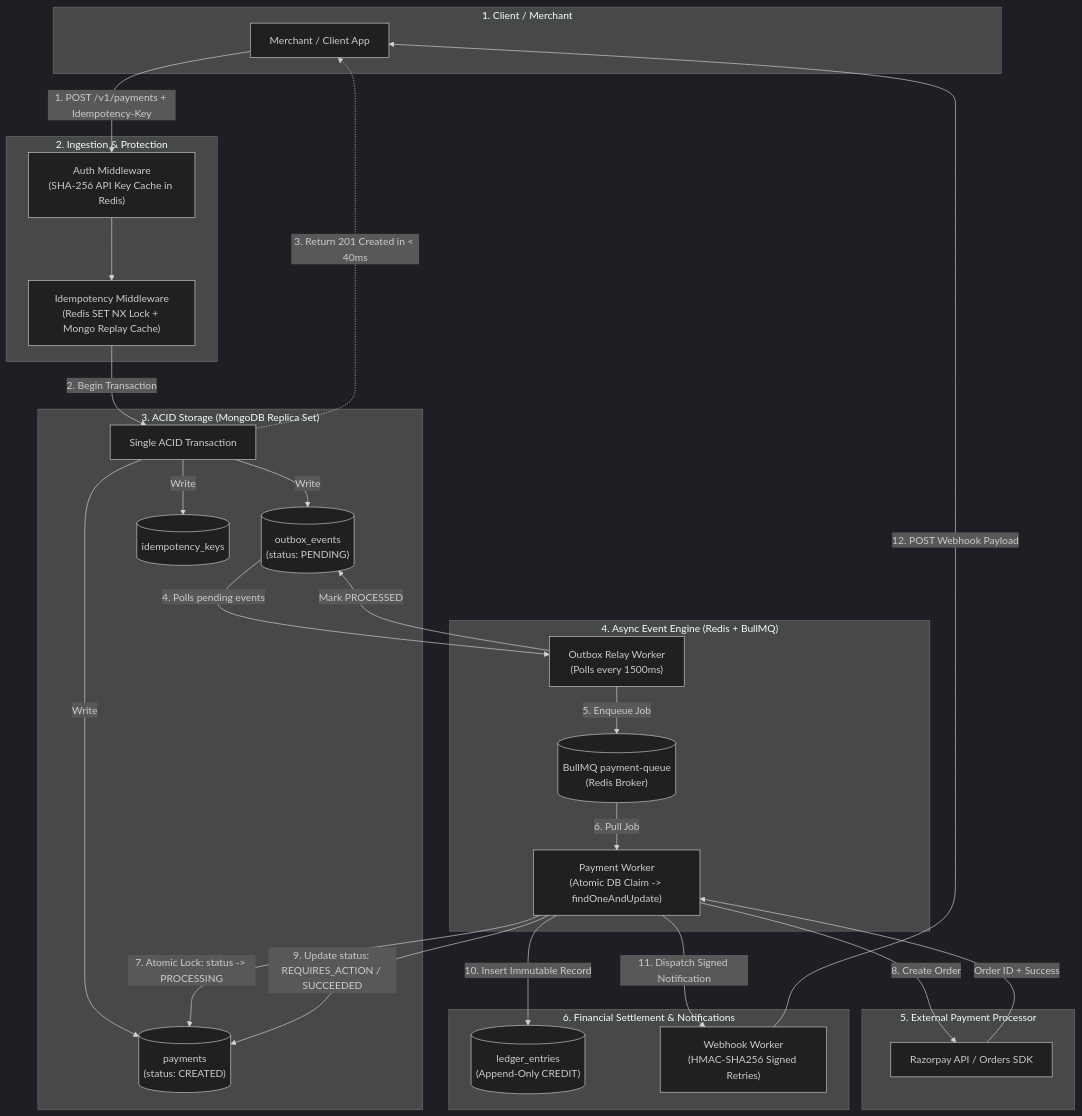
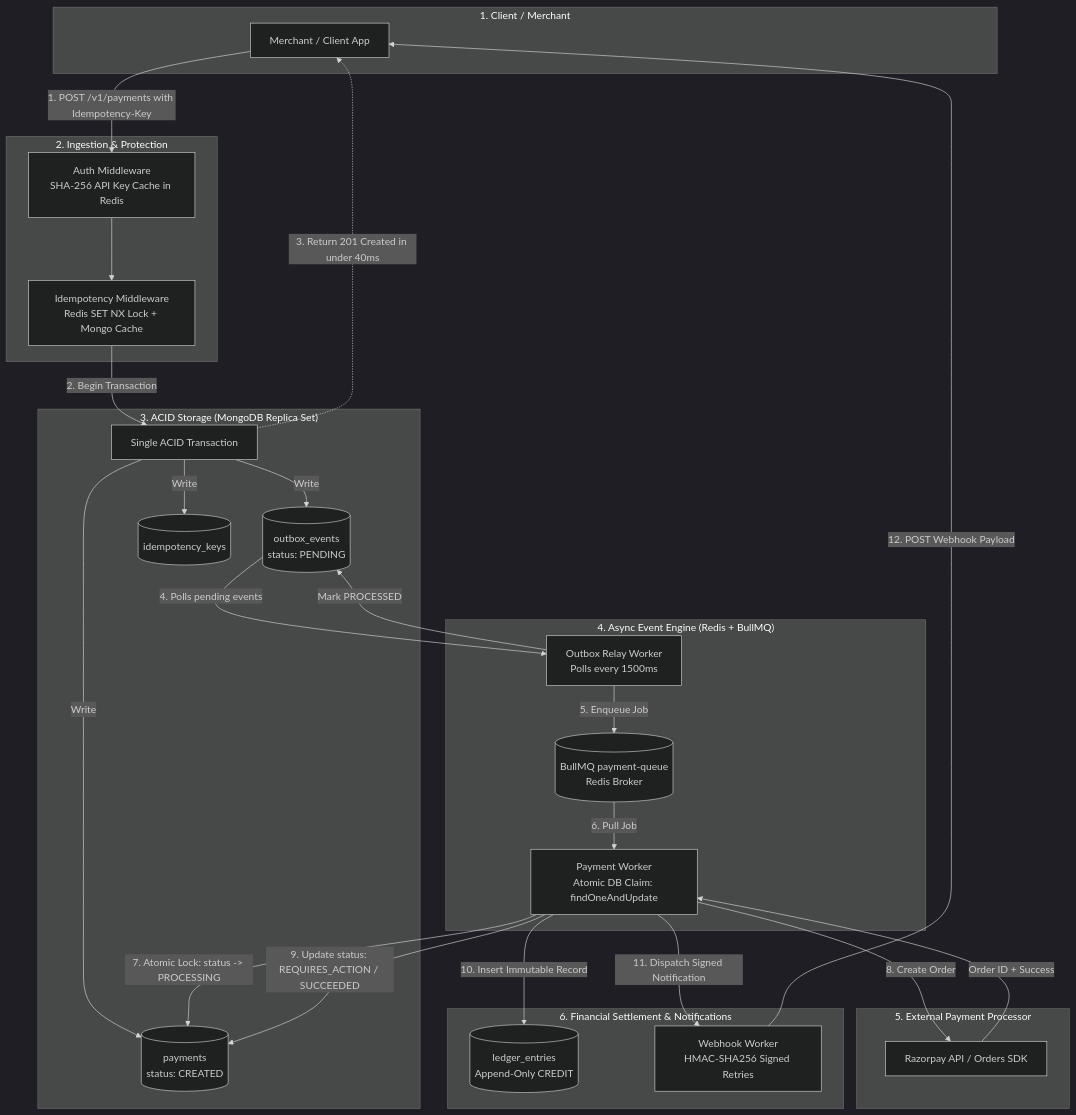
One commit to buildwithrishabh/Event-Driven-Payment-Gateway changed the first of 2 diagrams in ARCHITECTURE.md. Above: the diagram before and after it, drawn with Mermaid (dark theme). The commit also changed 1 other file, not shown here.

Commit message:
fix(docs): resolve Mermaid syntax parse error on GitHub

````diff
--- a/ARCHITECTURE.md
+++ b/ARCHITECTURE.md
@@ -23,56 +23,56 @@
 ```mermaid
 flowchart TD
     subgraph ClientLayer["1. Client / Merchant"]
         Client["Merchant / Client App"]
     end
 
     subgraph Gateway["2. Ingestion & Protection"]
-        Auth["Auth Middleware\n(SHA-256 API Key Cache in Redis)"]
-        Idem["Idempotency Middleware\n(Redis SET NX Lock + Mongo Replay Cache)"]
+        Auth["Auth Middleware<br/>SHA-256 API Key Cache in Redis"]
+        Idem["Idempotency Middleware<br/>Redis SET NX Lock + Mongo Cache"]
     end
 
     subgraph Storage["3. ACID Storage (MongoDB Replica Set)"]
         Tx["Single ACID Transaction"]
-        PaymentsCol[("payments\n(status: CREATED)")]
-        OutboxCol[("outbox_events\n(status: PENDING)")]
+        PaymentsCol[("payments<br/>status: CREATED")]
+        OutboxCol[("outbox_events<br/>status: PENDING")]
         IdemCol[("idempotency_keys")]
     end
 
     subgraph AsyncEngine["4. Async Event Engine (Redis + BullMQ)"]
-        OutboxRelay["Outbox Relay Worker\n(Polls every 1500ms)"]
-        Queue[("BullMQ payment-queue\n(Redis Broker)")]
-        Worker["Payment Worker\n(Atomic DB Claim -> findOneAndUpdate)"]
+        OutboxRelay["Outbox Relay Worker<br/>Polls every 1500ms"]
+        Queue[("BullMQ payment-queue<br/>Redis Broker")]
+        Worker["Payment Worker<br/>Atomic DB Claim: findOneAndUpdate"]
     end
 
     subgraph External["5. External Payment Processor"]
         Razorpay["Razorpay API / Orders SDK"]
     end
 
     subgraph Settlement["6. Financial Settlement & Notifications"]
-        Ledger[("ledger_entries\n(Append-Only CREDIT)")]
-        Webhooks["Webhook Worker\n(HMAC-SHA256 Signed Retries)"]
+        Ledger[("ledger_entries<br/>Append-Only CREDIT")]
+        Webhooks["Webhook Worker<br/>HMAC-SHA256 Signed Retries"]
     end
 
     %% Flow Connections
-    Client -->|1. POST /v1/payments + Idempotency-Key| Auth
+    Client -->|1. POST /v1/payments with Idempotency-Key| Auth
     Auth --> Idem
     Idem -->|2. Begin Transaction| Tx
     Tx -->|Write| PaymentsCol
     Tx -->|Write| OutboxCol
     Tx -->|Write| IdemCol
-    Tx -.->|3. Return 201 Created in < 40ms| Client
+    Tx -.->|3. Return 201 Created in under 40ms| Client
 
     OutboxCol -->|4. Polls pending events| OutboxRelay
     OutboxRelay -->|5. Enqueue Job| Queue
     OutboxRelay -->|Mark PROCESSED| OutboxCol
 
     Queue -->|6. Pull Job| Worker
     Worker -->|7. Atomic Lock: status -> PROCESSING| PaymentsCol
     Worker -->|8. Create Order| Razorpay
     Razorpay -->|Order ID + Success| Worker
     Worker -->|9. Update status: REQUIRES_ACTION / SUCCEEDED| PaymentsCol
 
     Worker -->|10. Insert Immutable Record| Ledger
     Worker -->|11. Dispatch Signed Notification| Webhooks
     Webhooks -->|12. POST Webhook Payload| Client
 ```
````
